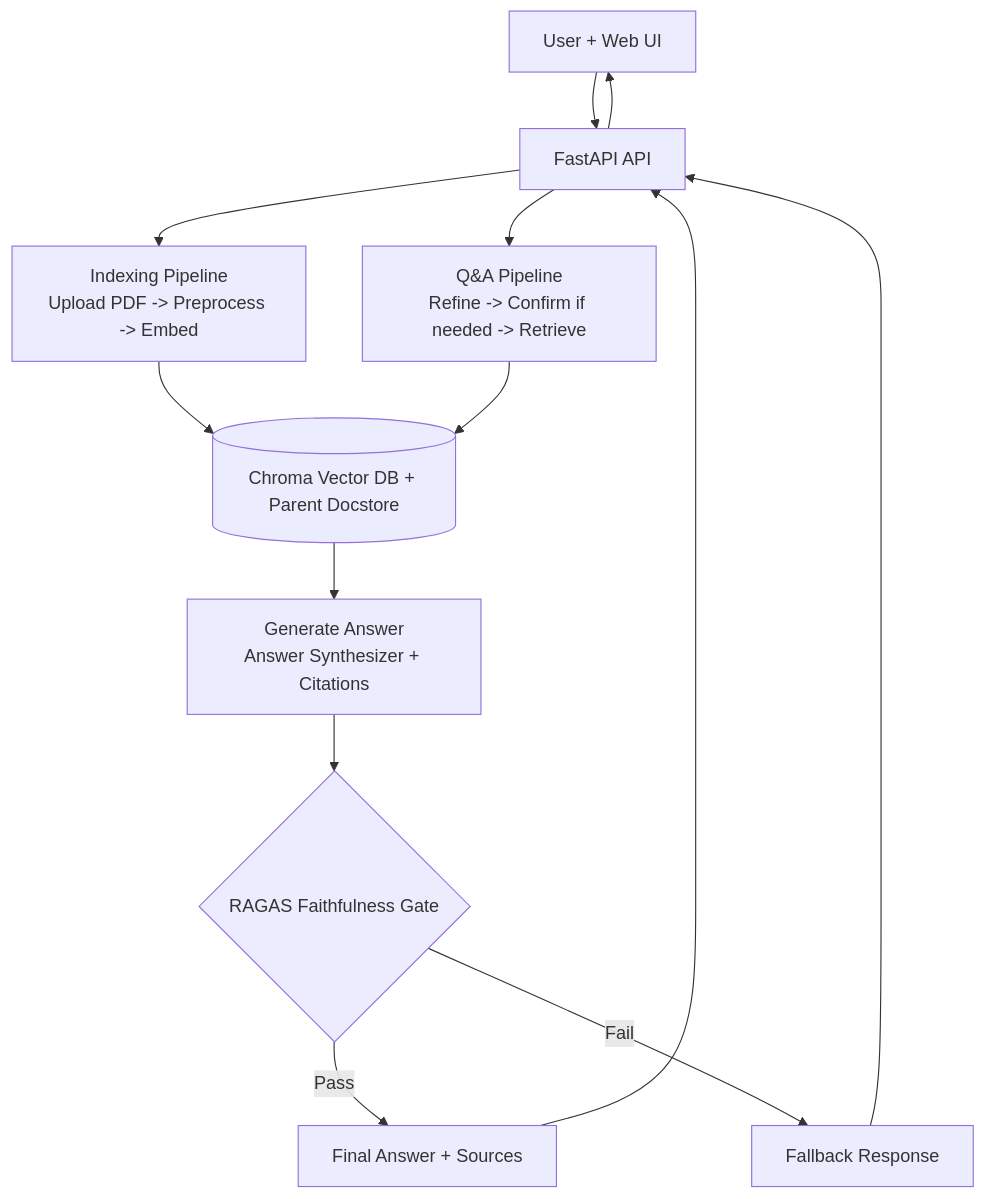
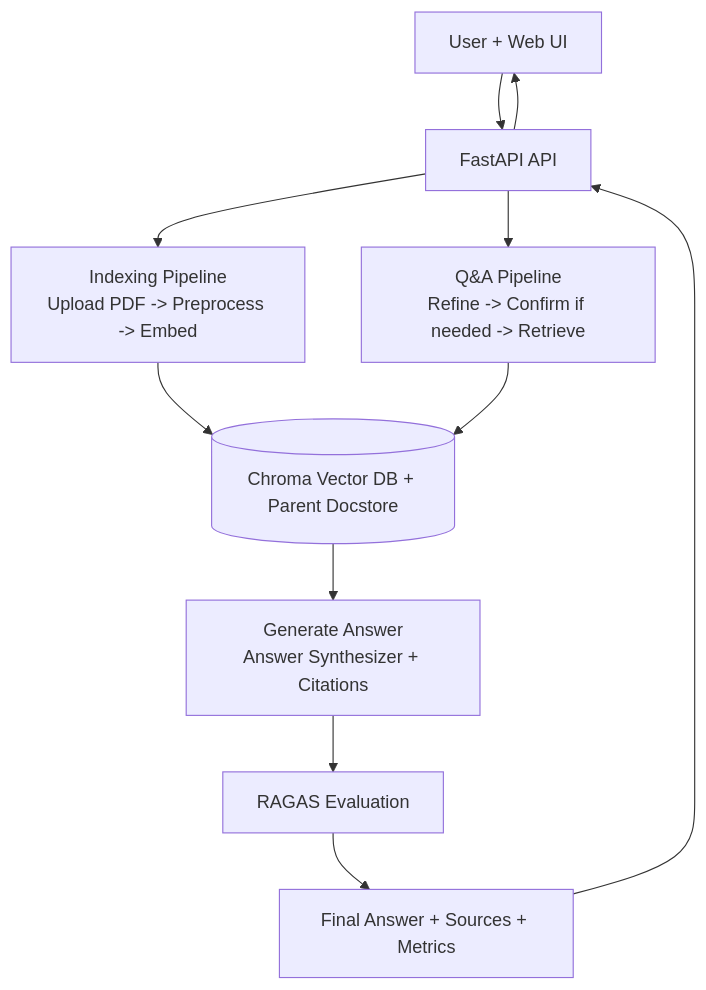
The diagram in ARCHITECTURE.md (Balaji-Balasubramaniam/Agentic-RAG-Application), drawn with Mermaid before and after one commit.

Commit message:
updated version-1

````diff
--- a/ARCHITECTURE.md
+++ b/ARCHITECTURE.md
@@ -5,18 +5,15 @@
 ```mermaid
 flowchart TD
   U[User + Web UI] --> API[FastAPI API]
 
   API --> IDX[Indexing Pipeline\nUpload PDF -> Preprocess -> Embed]
   IDX --> STORE[(Chroma Vector DB + Parent Docstore)]
 
   API --> ASK[Q&A Pipeline\nRefine -> Confirm if needed -> Retrieve]
   ASK --> STORE
   STORE --> GEN[Generate Answer\nAnswer Synthesizer + Citations]
-  GEN --> SAFE{RAGAS Faithfulness Gate}
-  SAFE -->|Pass| OK[Final Answer + Sources]
-  SAFE -->|Fail| FB[Fallback Response]
-
+  GEN --> RAGAS[RAGAS Evaluation]
+  RAGAS --> OK[Final Answer + Sources + Metrics]
   OK --> API
-  FB --> API
   API --> U
 ```
````
